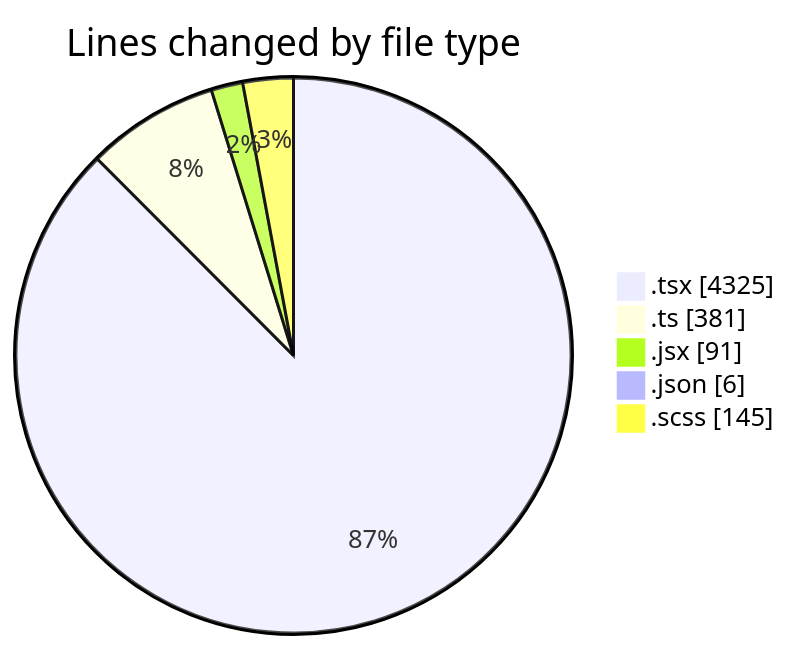
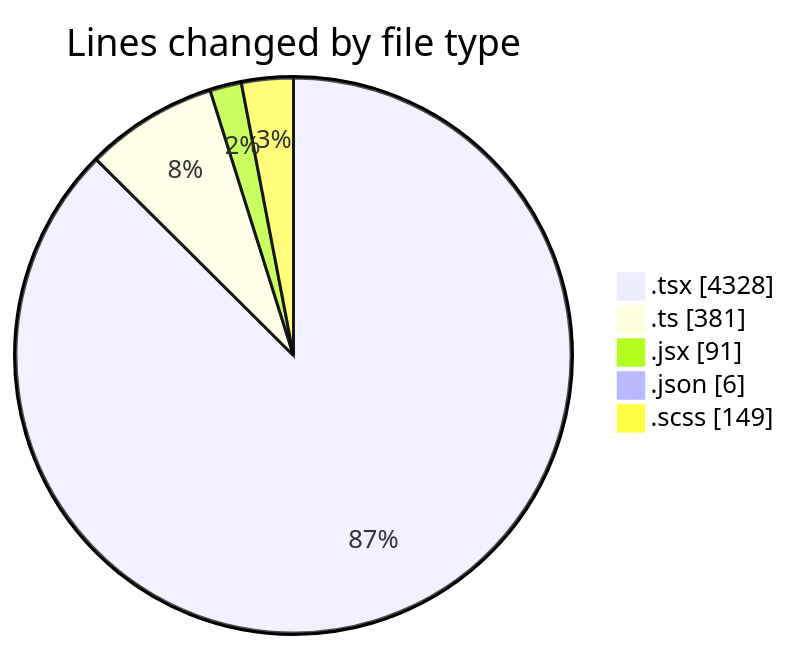
Before and after one commit to momahboobian/code-tracking: the first of 2 diagrams in 2026-04-27/cda/README.md, drawn with Mermaid. The commit also changed other lines of this file and 1 other file, not shown here.

````diff
--- a/2026-04-27/cda/README.md
+++ b/2026-04-27/cda/README.md
@@ -40,9 +40,9 @@
 ```mermaid
 pie showData
 title Lines changed by file type
-".tsx" : 4325
+".tsx" : 4328
 ".ts" : 381
 ".jsx" : 91
 ".json" : 6
-".scss" : 145
+".scss" : 149
 ```
````
